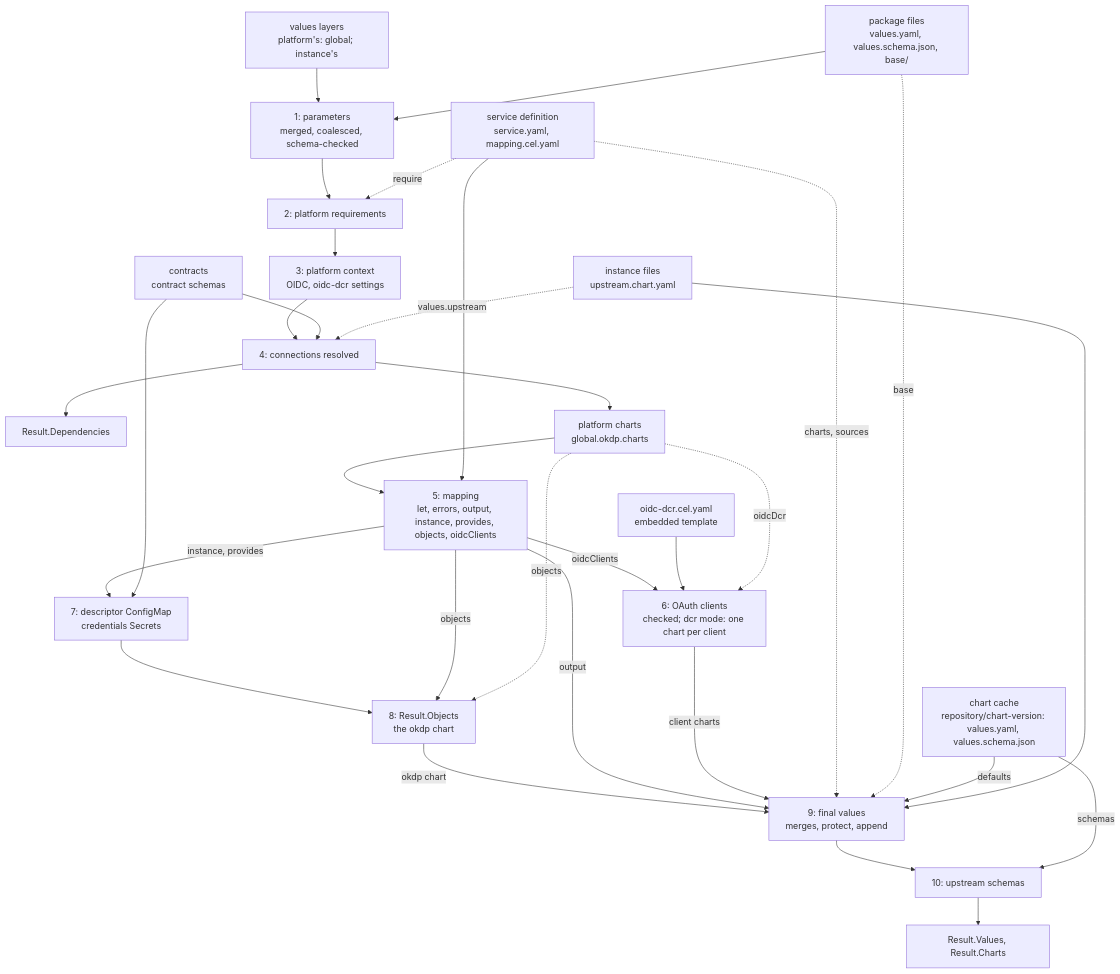
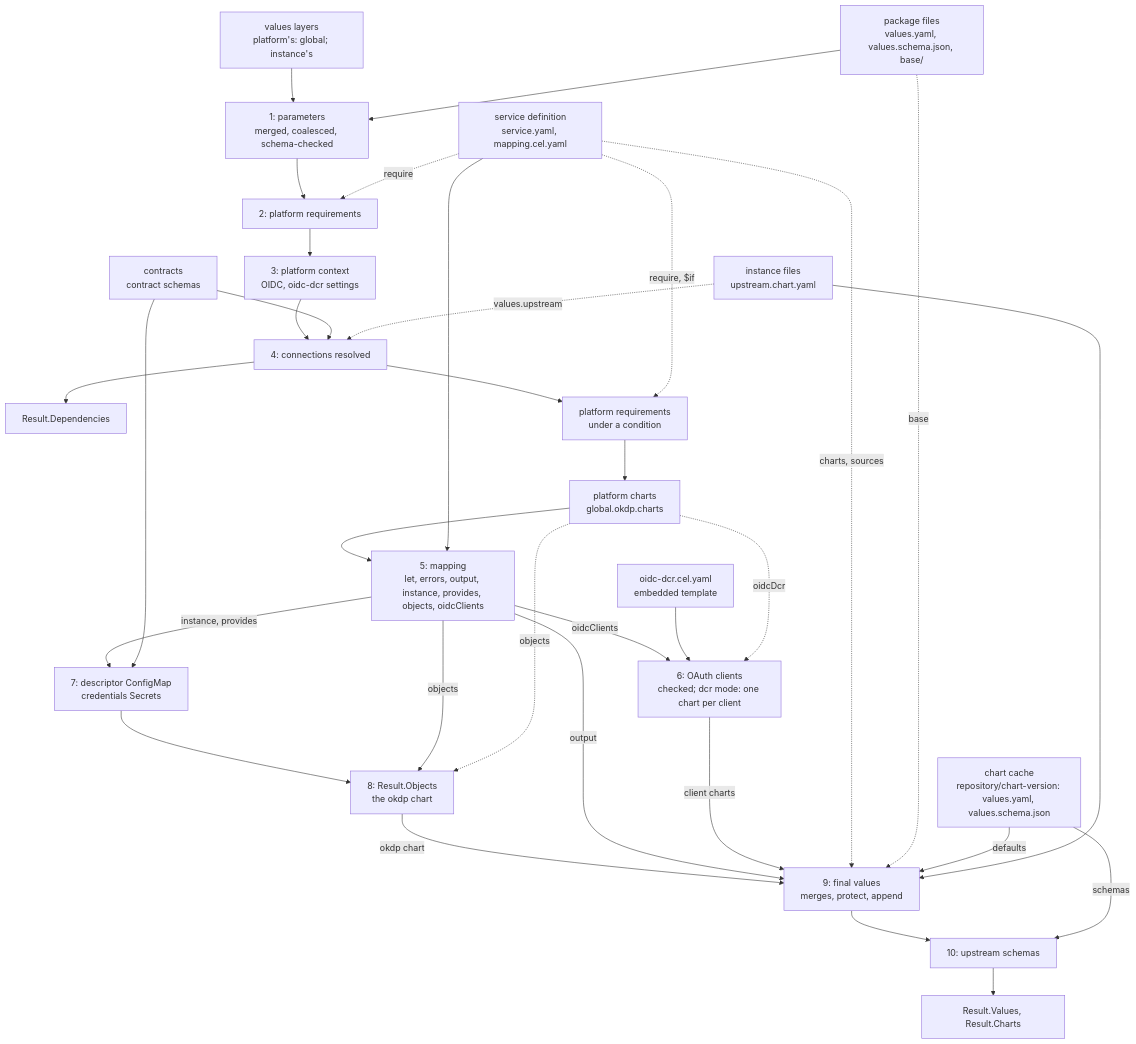
The diagram in docs/00_architecture.md (OKDP/okdp-compiler), drawn with Mermaid before and after one commit. The commit also changed other lines of this file and 14 other files, not shown here.

Commit message:
feat!: let a require entry of service.yaml take a condition, $if, evaluated on the mapping's context

````diff
--- a/docs/00_architecture.md
+++ b/docs/00_architecture.md
@@ -44,41 +44,43 @@
 ```mermaid
 flowchart TD
   def["service definition<br/>service.yaml, mapping.cel.yaml"]
   pkg["package files<br/>values.yaml, values.schema.json, base/"]
   layers["values layers<br/>platform's: global; instance's"]
   contracts["contracts<br/>contract schemas"]
   cache["chart cache<br/>repository/chart-version: values.yaml, values.schema.json"]
   files["instance files<br/>upstream.chart.yaml"]
   tmpl["oidc-dcr.cel.yaml<br/>embedded template"]
 
   layers --> s1["1: parameters<br/>merged, coalesced, schema-checked"]
   pkg --> s1
   s1 --> s2["2: platform requirements"]
   def -. require .-> s2
   s2 --> s3["3: platform context<br/>OIDC, oidc-dcr settings"]
   s3 --> s4["4: connections resolved"]
   contracts --> s4
   s4 --> deps["Result.Dependencies"]
-  s4 --> pc["platform charts<br/>global.okdp.charts"]
+  s4 --> rw["platform requirements<br/>under a condition"]
+  def -. "require, $if" .-> rw
+  rw --> pc["platform charts<br/>global.okdp.charts"]
   pc --> s5["5: mapping<br/>let, errors, output, instance, provides, objects, oidcClients"]
   def --> s5
   s5 -- oidcClients --> s6["6: OAuth clients<br/>checked; dcr mode: one chart per client"]
   tmpl --> s6
   pc -. oidcDcr .-> s6
   s5 -- "instance, provides" --> s7["7: descriptor ConfigMap<br/>credentials Secrets"]
   contracts --> s7
   s7 --> s8["8: Result.Objects<br/>the okdp chart"]
   s5 -- objects --> s8
   pc -. objects .-> s8
   s8 -- "okdp chart" --> s9
   s5 -- output --> s9["9: final values<br/>merges, protect, append"]
   s6 -- "client charts" --> s9
   def -. "charts, sources" .-> s9
   pkg -. base .-> s9
   cache -- defaults --> s9
   files -. "values.upstream" .-> s4
   files --> s9
   s9 --> s10["10: upstream schemas"]
   cache -- schemas --> s10
   s10 --> vals["Result.Values, Result.Charts"]
 ```
````
